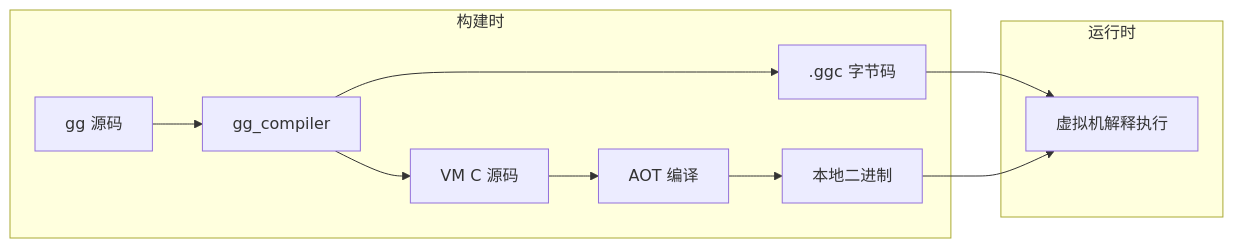
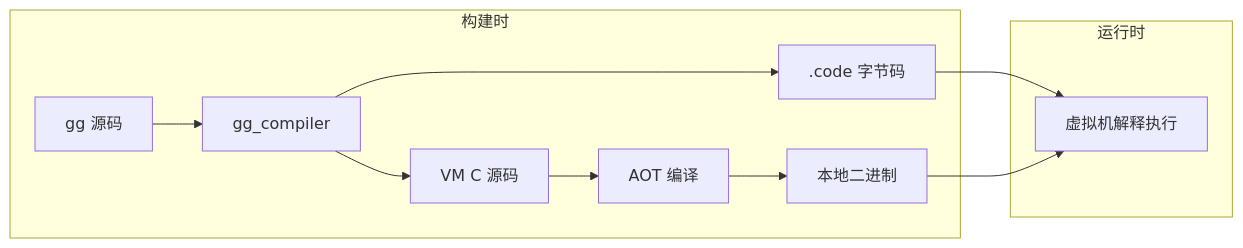
One commit to game-gpt/Gnosis.cs changed the third of 3 diagrams in documentation/zh-hans/development/hot-update.md. Above: the diagram before and after it, drawn with Mermaid. The commit also changed other lines of this file and 16 other files, not shown here.

````diff
--- a/documentation/zh-hans/development/hot-update.md
+++ b/documentation/zh-hans/development/hot-update.md
@@ -208,15 +208,15 @@
 ```mermaid
 flowchart LR
     subgraph 构建时
         A[gg 源码] --> B[gg_compiler]
-        B --> C[.ggc 字节码]
+        B --> C[.code 字节码]
         B --> D[VM C 源码]
         D --> E[AOT 编译]
         E --> F[本地二进制]
     end
     
     subgraph 运行时
         C --> G[虚拟机解释执行]
         F --> G
     end
 ```
````
